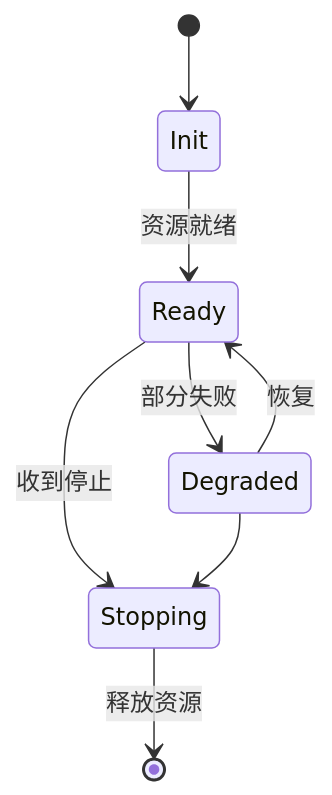
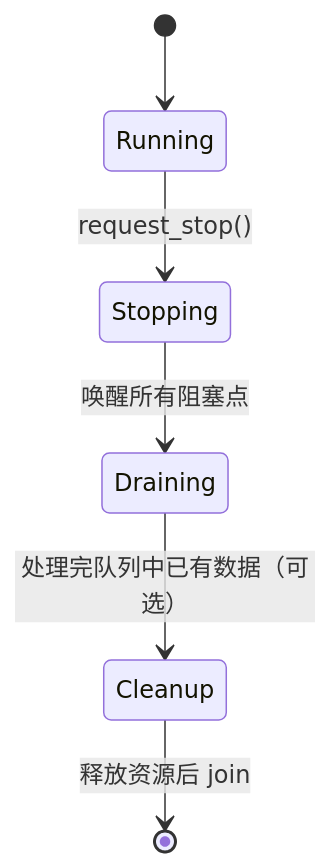
The fourth of 6 diagrams in docs/chapter2.md (cavemancave/mw-study), drawn with Mermaid before and after one commit. The commit also changed other lines of this file and 6 other files, not shown here.

````diff
--- a/docs/chapter2.md
+++ b/docs/chapter2.md
@@ -18,10 +376,8 @@
 ```mermaid
 stateDiagram-v2
-    [*] --> Init
-    Init --> Ready: 资源就绪
-    Ready --> Degraded: 部分失败
-    Degraded --> Ready: 恢复
-    Ready --> Stopping: 收到停止
-    Degraded --> Stopping
-    Stopping --> [*]: 释放资源
+    [*] --> Running
+    Running --> Stopping: request_stop()
+    Stopping --> Draining: 唤醒所有阻塞点
+    Draining --> Cleanup: 处理完队列中已有数据（可选）
+    Cleanup --> [*]: 释放资源后 join
 ```
````
